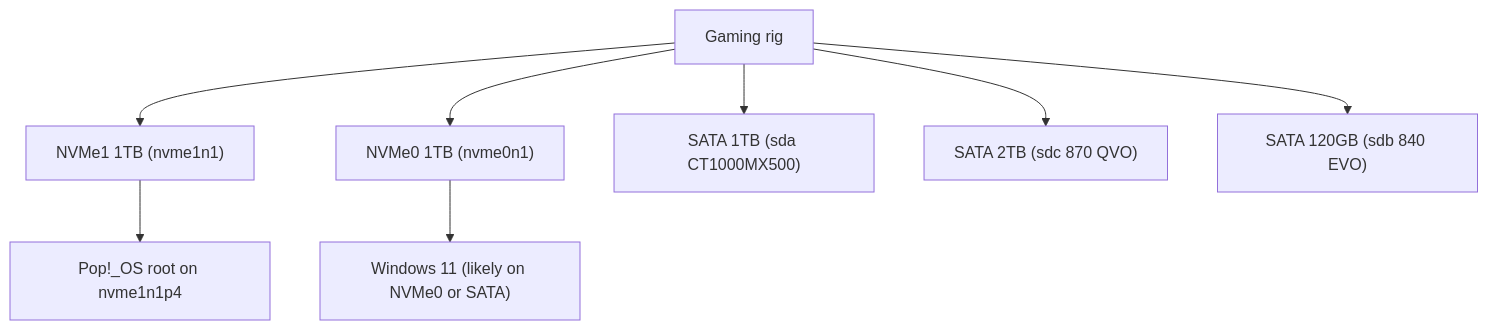
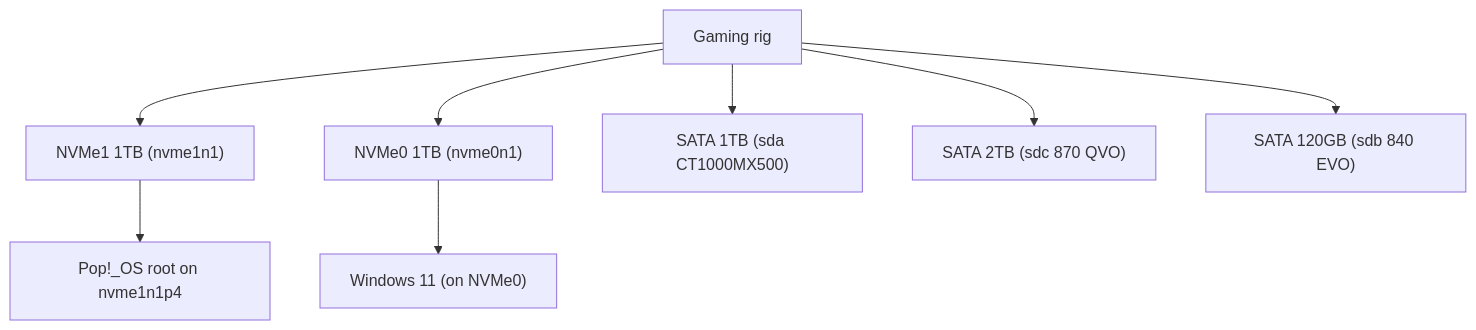
The second of 2 diagrams in docs/gaming-rig.md (vimmz/homelab-docs), drawn with Mermaid before and after one commit. The commit also changed other lines of this file, not shown here.

````diff
--- a/docs/gaming-rig.md
+++ b/docs/gaming-rig.md
@@ -194,22 +188,22 @@
 ```mermaid
 graph TB
     GamingRig["Gaming rig"]
 
     NVMe1["NVMe1 1TB (nvme1n1)"]
     NVMe0["NVMe0 1TB (nvme0n1)"]
     SATA1["SATA 1TB (sda CT1000MX500)"]
     SATA2["SATA 2TB (sdc 870 QVO)"]
     SATA3["SATA 120GB (sdb 840 EVO)"]
 
     PopOS["Pop!_OS root on nvme1n1p4"]
-    Win11["Windows 11 (likely on NVMe0 or SATA)"]
+    Win11["Windows 11 (on NVMe0)"]
 
     GamingRig --> NVMe1
     GamingRig --> NVMe0
     GamingRig --> SATA1
     GamingRig --> SATA2
     GamingRig --> SATA3
 
     NVMe1 --> PopOS
     NVMe0 --> Win11
 ```
````
